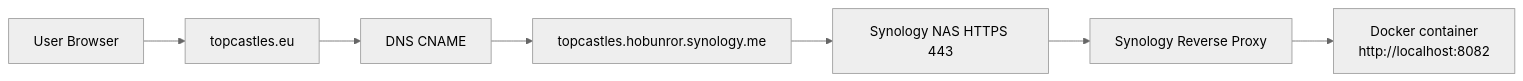
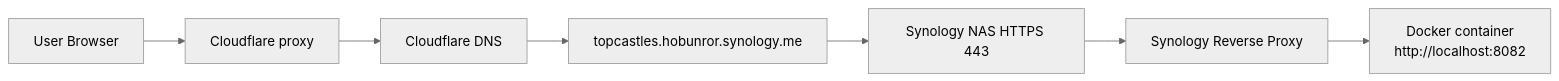
One commit to robertrongen/topcastles-new changed the diagram in docs/domain-setup.md. Above: the diagram before and after it, drawn with Mermaid (neutral theme). The commit also changed other lines of this file, not shown here.

Commit message:
docs: record Cloudflare domain setup

````diff
--- a/docs/domain-setup.md
+++ b/docs/domain-setup.md
@@ -23,10 +29,10 @@
 ```mermaid
 flowchart LR
-    U[User Browser] --> D[topcastles.eu]
-    D --> DNS[DNS CNAME]
-    DNS --> DDNS[topcastles.hobunror.synology.me]
-    DDNS --> NAS[Synology NAS HTTPS 443]
-    NAS --> RP[Synology Reverse Proxy]
-    RP --> APP[Docker container<br/>http://localhost:8082]
+  U[User Browser] --> CF[Cloudflare proxy]
+  CF --> DNS[Cloudflare DNS]
+  DNS --> DDNS[topcastles.hobunror.synology.me]
+  DDNS --> NAS[Synology NAS HTTPS 443]
+  NAS --> RP[Synology Reverse Proxy]
+  RP --> APP[Docker container<br/>http://localhost:8082]
 
 ```
````
